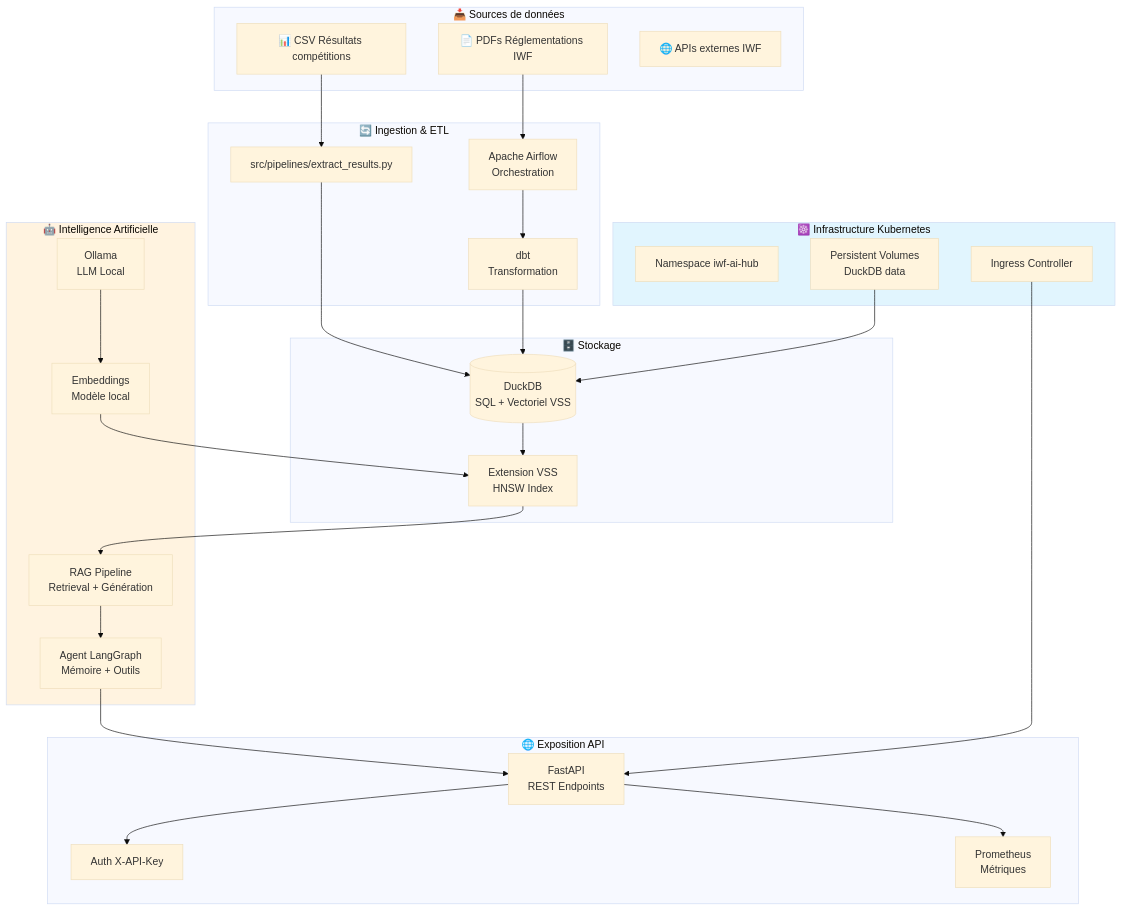
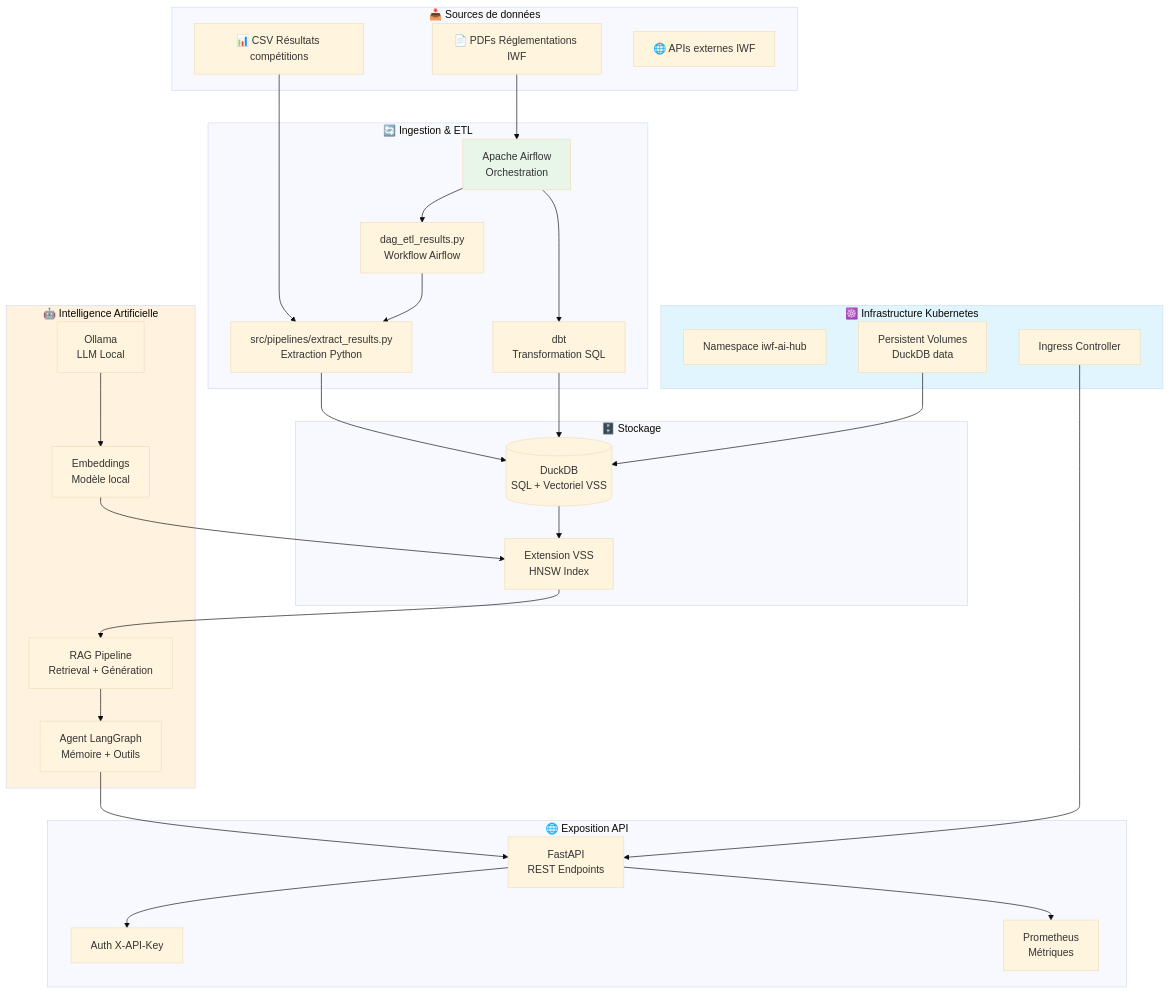
Before and after one commit to gautbl/iwf-ai-hub: the diagram in README.md, drawn with Mermaid (base theme). The commit also changed other lines of this file, not shown here.

````diff
--- a/README.md
+++ b/README.md
@@ -24,61 +24,66 @@
 ```mermaid
 graph TB
 
     subgraph DataSources["📥 Sources de données"]
         PDF[📄 PDFs Réglementations IWF]
         CSV[📊 CSV Résultats compétitions]
         API_EXT[🌐 APIs externes IWF]
     end
 
     subgraph Ingestion["🔄 Ingestion & ETL"]
         AIRFLOW[Apache Airflow<br/>Orchestration]
-        EXTRACT[src/pipelines/extract_results.py]
-        DBT[dbt<br/>Transformation]
+        DAG_ETL[dag_etl_results.py<br/>Workflow Airflow]
+        EXTRACT[src/pipelines/extract_results.py<br/>Extraction Python]
+        DBT[dbt<br/>Transformation SQL]
     end
 
     subgraph Storage["🗄️ Stockage"]
         DUCKDB[(DuckDB<br/>SQL + Vectoriel VSS)]
         VSS[Extension VSS<br/>HNSW Index]
     end
 
     subgraph AI["🤖 Intelligence Artificielle"]
         OLLAMA[Ollama<br/>LLM Local]
         EMBED[Embeddings<br/>Modèle local]
         RAG[RAG Pipeline<br/>Retrieval + Génération]
         AGENT[Agent LangGraph<br/>Mémoire + Outils]
     end
 
     subgraph API["🌐 Exposition API"]
         FASTAPI[FastAPI<br/>REST Endpoints]
         AUTH[Auth X-API-Key]
         MONITOR[Prometheus<br/>Métriques]
     end
 
     subgraph K8s["☸️ Infrastructure Kubernetes"]
         NS[Namespace iwf-ai-hub]
         INGRESS[Ingress Controller]
         PV[Persistent Volumes<br/>DuckDB data]
     end
 
+    CSV --> EXTRACT
+    AIRFLOW --> DAG_ETL
+    DAG_ETL --> EXTRACT
+    EXTRACT --> DUCKDB
+	
     PDF --> AIRFLOW
-    CSV --> EXTRACT
-    EXTRACT --> DUCKDB
     AIRFLOW --> DBT
     DBT --> DUCKDB
     
     DUCKDB --> VSS
     VSS --> RAG
     OLLAMA --> EMBED
     EMBED --> VSS
     RAG --> AGENT
     
     AGENT --> FASTAPI
     FASTAPI --> AUTH
     FASTAPI --> MONITOR
     
     INGRESS --> FASTAPI
     PV --> DUCKDB
     
     style K8s fill:#e1f5fe
     style AI fill:#fff3e0
+    style AIRFLOW fill:#e8f5e9
 ```
````
